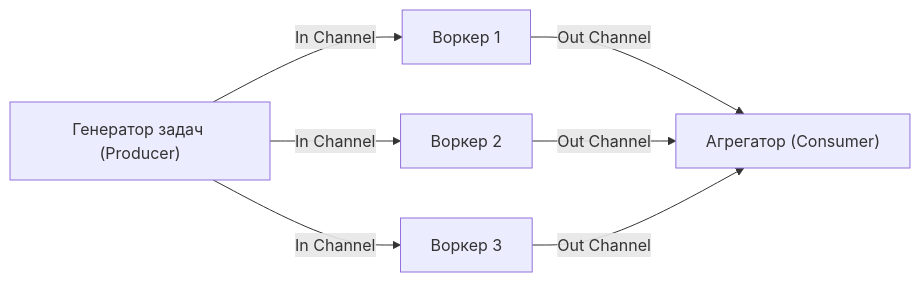
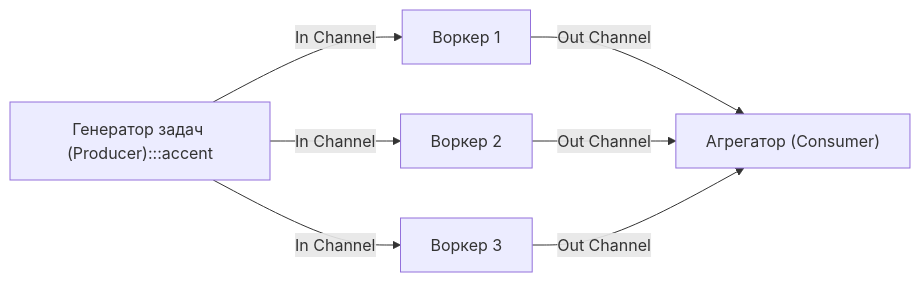
One commit to UnrealTemplier/go-textbook changed the second of 2 diagrams in sources/16. Профилирование, отладка и производительность/06. Конкурентность/6. Mutex vs channel.md. Above: the diagram before and after it, drawn with Mermaid. The commit also changed other lines of this file and 1666 other files, not shown here.

First line of the commit message:
feat(mermaid): add semantic color classDef to 1369 colorless flowchart/graph diagrams

````diff
--- a/sources/16. Профилирование, отладка и производительность/06. Конкурентность/6. Mutex vs channel.md
+++ b/sources/16. Профилирование, отладка и производительность/06. Конкурентность/6. Mutex vs channel.md
@@ -197,9 +207,19 @@
 ```mermaid
 flowchart LR
-    Source["Генератор задач (Producer)"] -->|"In Channel"| W1["Воркер 1"]
+    classDef process  fill:#1e293b,stroke:#38bdf8,stroke-width:1px,color:#f8fafc
+    classDef success  fill:#064e3b,stroke:#34d399,stroke-width:1px,color:#f8fafc
+    classDef error    fill:#7f1d1d,stroke:#f87171,stroke-width:1px,color:#f8fafc
+    classDef warning  fill:#78350f,stroke:#fbbf24,stroke-width:1px,color:#f8fafc
+    classDef entry    fill:#1e3a5f,stroke:#38bdf8,stroke-width:2px,color:#f8fafc
+    classDef aux      fill:#334155,stroke:#64748b,stroke-width:1px,color:#f8fafc
+    classDef system   fill:#312e81,stroke:#a78bfa,stroke-width:1px,color:#f8fafc
+    classDef data     fill:#132d29,stroke:#2dd4bf,stroke-width:1px,color:#f8fafc
+    classDef network  fill:#881337,stroke:#fb7185,stroke-width:1px,color:#f8fafc
+    classDef accent   fill:#1e1b4b,stroke:#818cf8,stroke-width:1px,color:#f8fafc
+    Source["Генератор задач (Producer):::accent"] -->|"In Channel"| W1["Воркер 1"]
     Source -->|"In Channel"| W2["Воркер 2"]
     Source -->|"In Channel"| W3["Воркер 3"]
     W1 -->|"Out Channel"| Sink["Агрегатор (Consumer)"]
     W2 -->|"Out Channel"| Sink
     W3 -->|"Out Channel"| Sink
 ```
````
